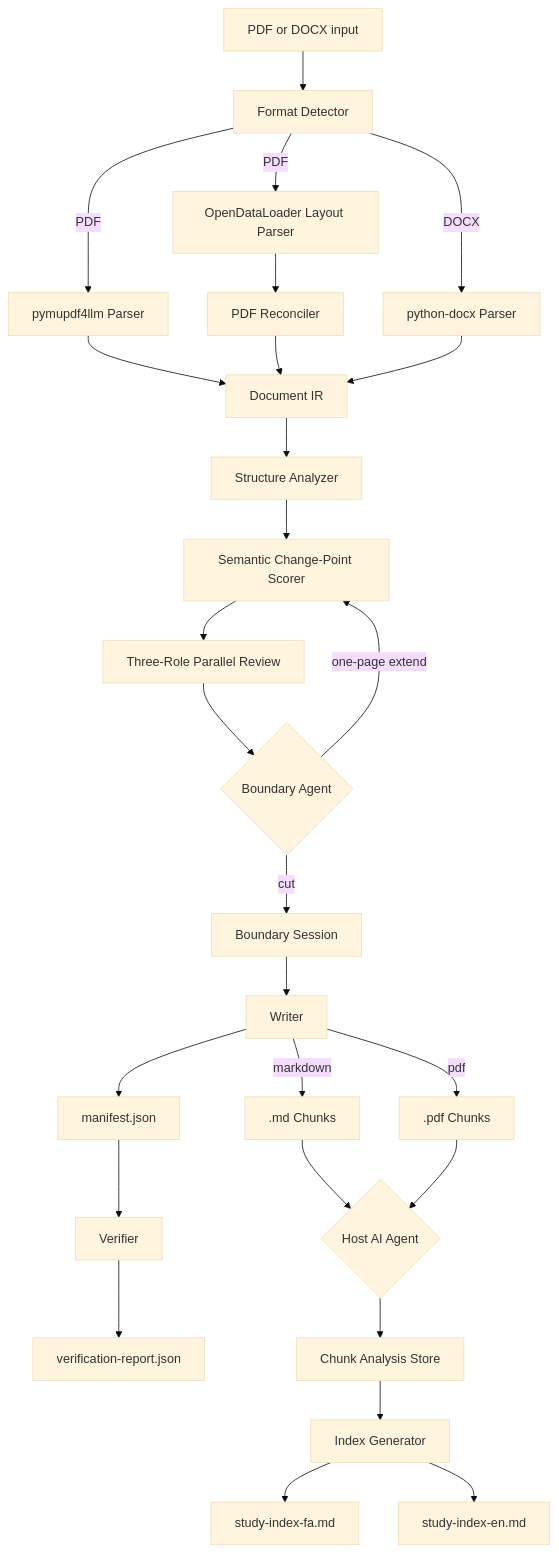
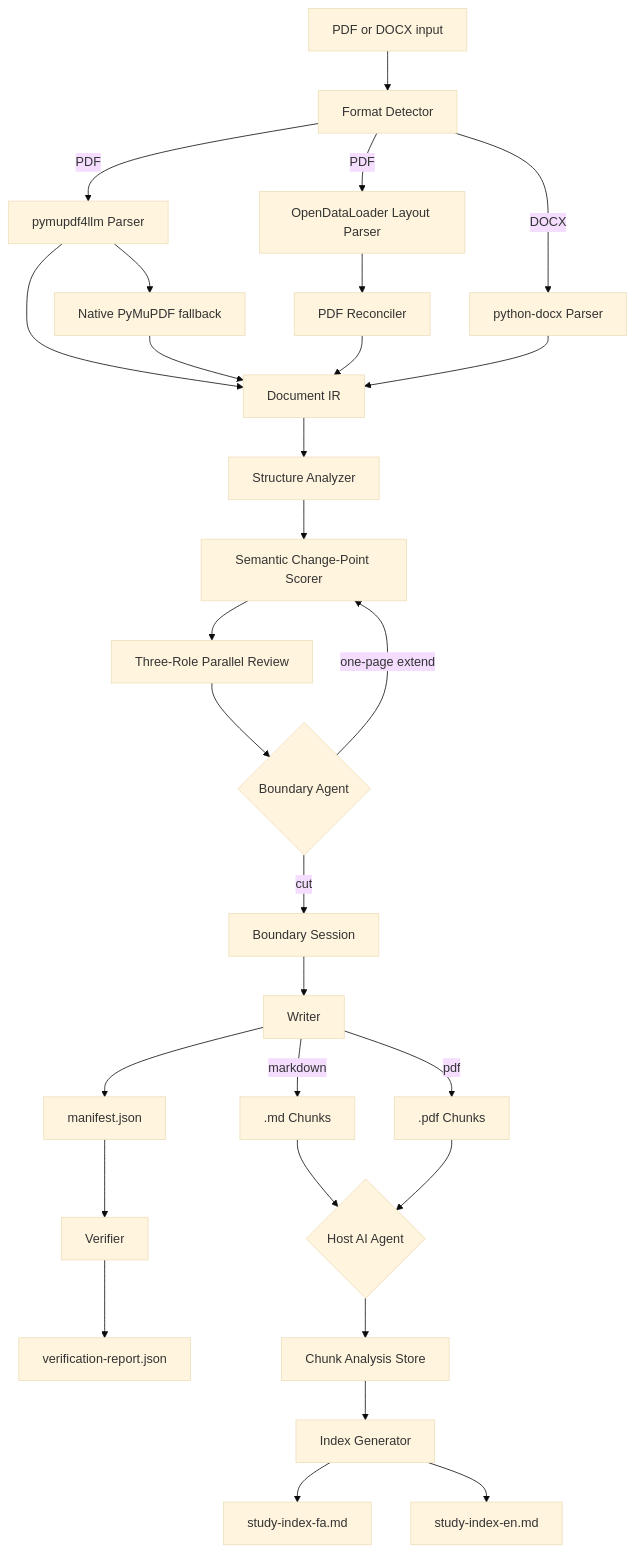
The diagram in README.md (alifazelidehkordi/VeriChunk), drawn with Mermaid (base theme) before and after one commit. The commit also changed other lines of this file and 18 other files, not shown here.

````diff
--- a/README.md
+++ b/README.md
@@ -61,35 +61,37 @@
 ```mermaid
 flowchart TD
     A[PDF or DOCX input] --> B[Format Detector]
 
     B -->|PDF| C[pymupdf4llm Parser]
     B -->|PDF| D[OpenDataLoader Layout Parser]
+    C --> C2[Native PyMuPDF fallback]
     C --> E[Document IR]
+    C2 --> E
     D --> F[PDF Reconciler]
     F --> E
 
     B -->|DOCX| G[python-docx Parser]
     G --> E
 
     E --> H[Structure Analyzer]
     H --> I[Semantic Change-Point Scorer]
     I --> J[Three-Role Parallel Review]
     J --> K{Boundary Agent}
     K -->|cut| L0[Boundary Session]
     K -->|one-page extend| I
 
     L0 --> L[Writer]
     L -->|markdown| M[.md Chunks]
     L -->|pdf| N[.pdf Chunks]
     L --> O[manifest.json]
 
     O --> P[Verifier]
     P --> Q[verification-report.json]
 
     M --> R{Host AI Agent}
     N --> R
     R --> S[Chunk Analysis Store]
     S --> T[Index Generator]
     T --> U[study-index-fa.md]
     T --> V[study-index-en.md]
 ```
````
